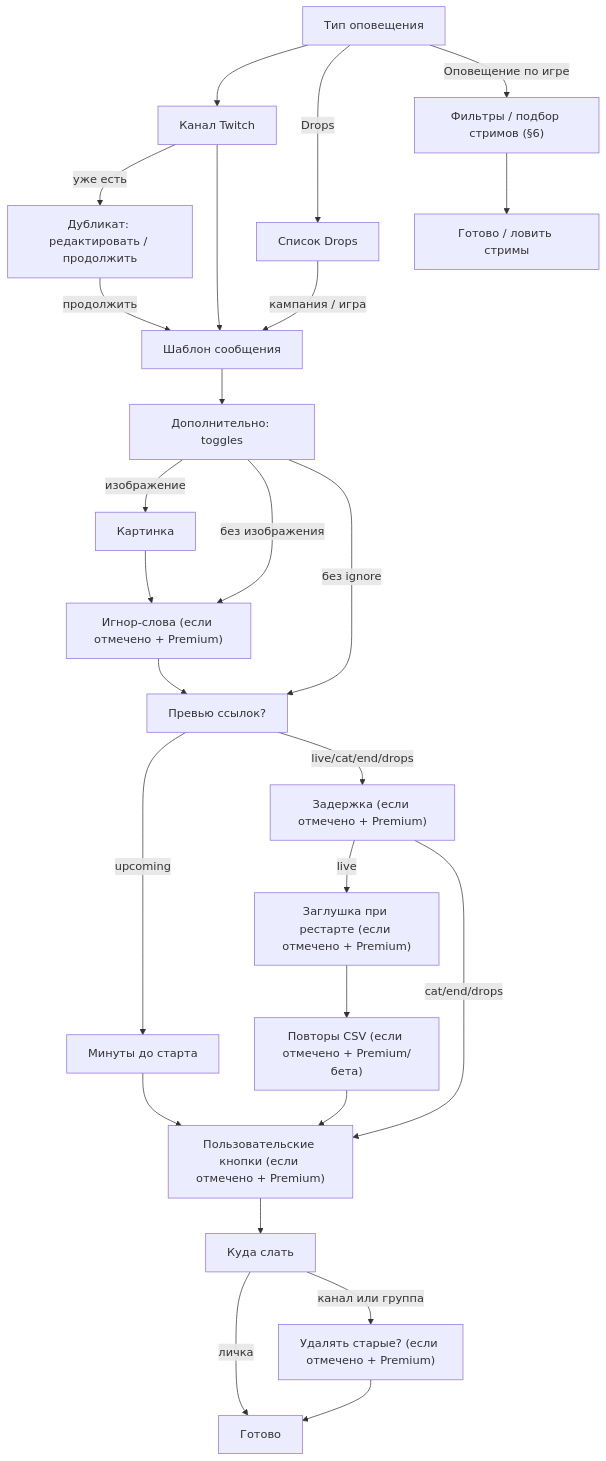
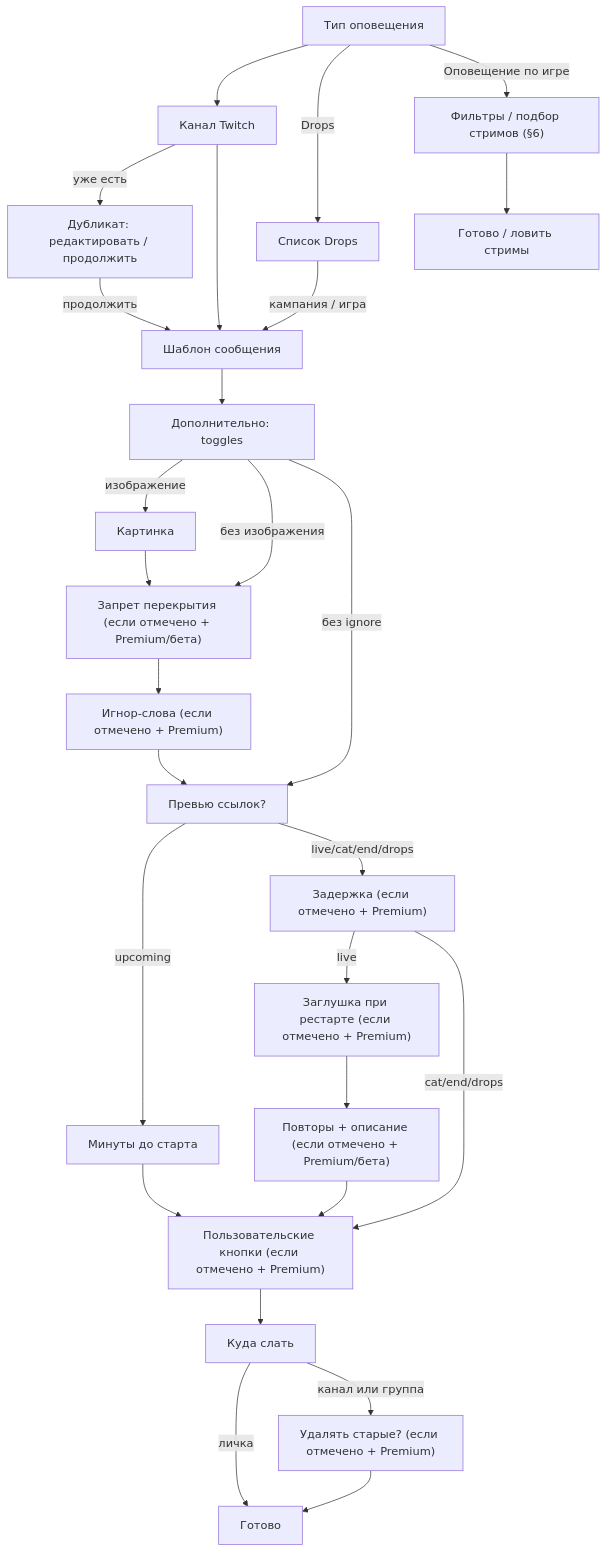
One commit to Marfa/twitch-telegram-bot changed the second of 3 diagrams in docs/user-flow-map.ru.md. Above: the diagram before and after it, drawn with Mermaid. The commit also changed other lines of this file and 17 other files, not shown here.

First line of the commit message:
Improve repeats/overlap UX with dedicated screens and clearer copy.

````diff
--- a/docs/user-flow-map.ru.md
+++ b/docs/user-flow-map.ru.md
@@ -119,28 +119,29 @@
 ```mermaid
 flowchart TD
   AT["Тип оповещения"] --> CH["Канал Twitch"]
   AT -->|Drops| CAT["Список Drops"]
   AT -->|Оповещение по игре| WAT["Фильтры / подбор стримов (§6)"]
   CH -->|уже есть| DUP["Дубликат: редактировать / продолжить"]
   CH --> TPL["Шаблон сообщения"]
   CAT -->|кампания / игра| TPL
   DUP -->|продолжить| TPL
   TPL --> OPT["Дополнительно: toggles"]
   OPT -->|изображение| IMG["Картинка"]
-  OPT -->|без изображения| IGN["Игнор-слова (если отмечено + Premium)"]
-  IMG --> IGN
+  OPT -->|без изображения| OVL
+  IMG --> OVL["Запрет перекрытия (если отмечено + Premium<!--beta:alert-repeats-overlap-->/бета<!--/beta:alert-repeats-overlap-->)"]
+  OVL --> IGN["Игнор-слова (если отмечено + Premium)"]
   IGN --> LP["Превью ссылок?"]
   OPT -->|без ignore| LP
   LP -->|upcoming| SRM["Минуты до старта"]
   LP -->|live/cat/end/drops| DL["Задержка (если отмечено + Premium)"]
   DL -->|live| RST["Заглушка при рестарте (если отмечено + Premium)"]
-  RST --> REP["Повторы CSV (если отмечено + Premium<!--beta:alert-repeats-overlap-->/бета<!--/beta:alert-repeats-overlap-->)"]
+  RST --> REP["Повторы + описание (если отмечено + Premium<!--beta:alert-repeats-overlap-->/бета<!--/beta:alert-repeats-overlap-->)"]
   REP --> BTN["Пользовательские кнопки (если отмечено + Premium)"]
   BTN --> DEST["Куда слать"]
   SRM --> BTN
   DL -->|cat/end/drops| BTN
   DEST -->|личка| DONE["Готово"]
   DEST -->|канал или группа| DEL["Удалять старые? (если отмечено + Premium)"]
   DEL --> DONE
   WAT --> ENDW["Готово / ловить стримы"]
 ```
````
